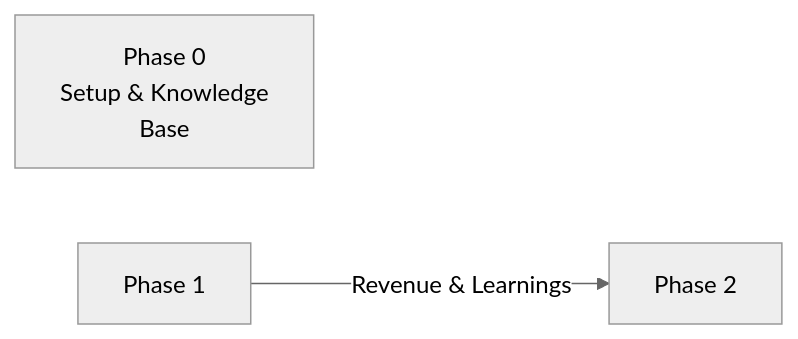
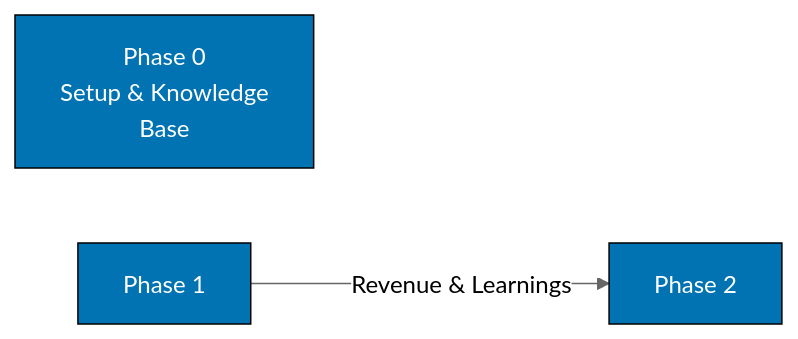
One commit to wahidyankf/ose-public changed the diagram in repo-governance/conventions/formatting/diagrams/common-syntax-errors-escape-sequences.md. Above: the diagram before and after it, drawn with Mermaid (neutral theme). The commit also changed other lines of this file and 220 other files, not shown here.

First line of the commit message:
docs: split mermaid labels to 20 graphemes and add palette defaults

````diff
--- a/repo-governance/conventions/formatting/diagrams/common-syntax-errors-escape-sequences.md
+++ b/repo-governance/conventions/formatting/diagrams/common-syntax-errors-escape-sequences.md
@@ -31,7 +31,8 @@
 ```mermaid
 graph LR
     accTitle: Common Mermaid Syntax Errors: Escape Sequences Do Not Create Line Breaks
     accDescr: Phase 1 leads to Phase 2 via Revenue & Learnings.
     P0["Phase 0<br/>Setup & Knowledge<br/>Base"]:::blue
-    P1["Phase 1"] -->|"Revenue & Learnings"| P2["Phase 2"]
+    P1["Phase 1"] -->|Revenue & Learnings| P2["Phase 2"]
+    classDef default fill:#0173B2,stroke:#000000,color:#FFFFFF
 ```
````
